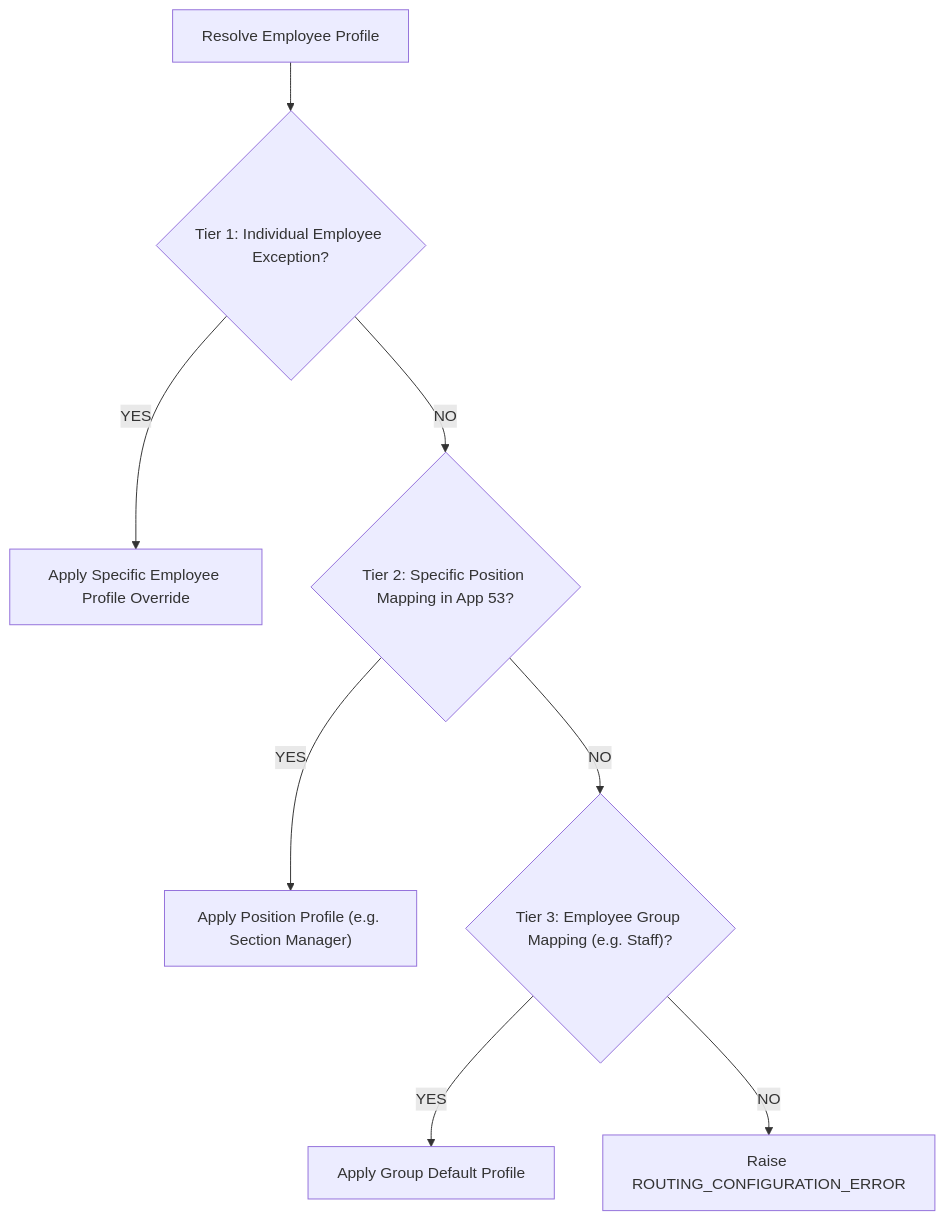
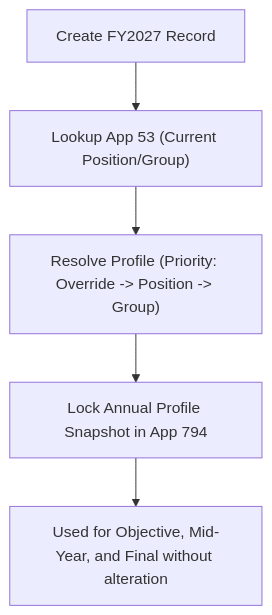
The diagram in project-docs/architecture-redesign/PROFILE_RESOLUTION_DESIGN.md (rebootob/MBO2026), drawn with Mermaid before and after one commit. The commit also changed other lines of this file and 9 other files, not shown here.

Commit message:
docs: confirm annual profile freeze policy and update architecture blueprints

````diff
--- a/project-docs/architecture-redesign/PROFILE_RESOLUTION_DESIGN.md
+++ b/project-docs/architecture-redesign/PROFILE_RESOLUTION_DESIGN.md
@@ -12,10 +15,7 @@
 ```mermaid
 graph TD
-    START["Resolve Employee Profile"] --> P1{"Tier 1: Individual Employee Exception?"}
-    P1 -- YES --> USE_P1["Apply Specific Employee Profile Override"]
-    P1 -- NO --> P2{"Tier 2: Specific Position Mapping in App 53?"}
-    P2 -- YES --> USE_P2["Apply Position Profile (e.g. Section Manager)"]
-    P2 -- NO --> P3{"Tier 3: Employee Group Mapping (e.g. Staff)?"}
-    P3 -- YES --> USE_P3["Apply Group Default Profile"]
-    P3 -- NO --> ERR["Raise ROUTING_CONFIGURATION_ERROR"]
+    A["Create FY2027 Record"] --> B["Lookup App 53 (Current Position/Group)"]
+    B --> C["Resolve Profile (Priority: Override -> Position -> Group)"]
+    C --> D["Lock Annual Profile Snapshot in App 794"]
+    D --> E["Used for Objective, Mid-Year, and Final without alteration"]
 ```
````
